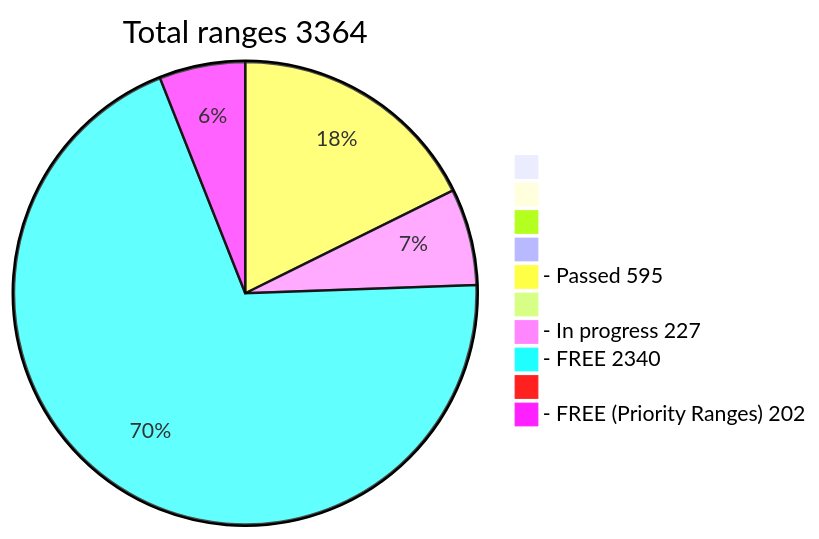
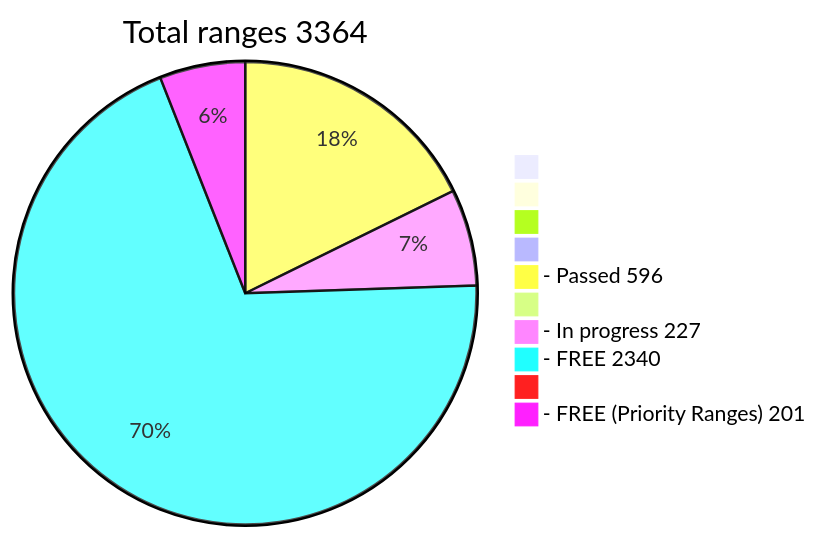
Before and after one commit to phrutis/wif500: the diagram in README.md, drawn with Mermaid.

````diff
--- a/README.md
+++ b/README.md
@@ -16,13 +16,13 @@
 ```mermaid
 pie title Total ranges 3364
              " " : 0
             "  " : 0
            "   " : 0
           "    " : 0
-  "- Passed 595" : 595
+  "- Passed 596" : 596
          "     " : 0
   "- In progress 227" : 227
    "- FREE 2340" : 2340
         "      " : 0
-  "- FREE (Priority Ranges) 202" : 202
+  "- FREE (Priority Ranges) 201" : 201
 ```
````
